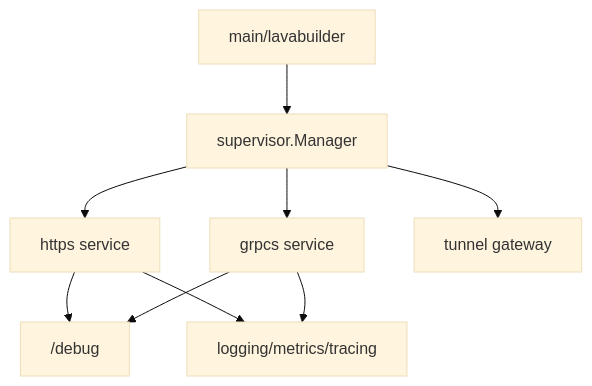
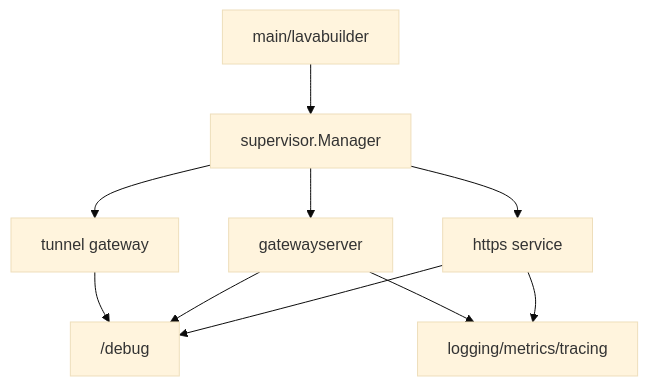
Before and after one commit to pubgo/lava: the diagram in docs/modules/core.md, drawn with Mermaid (base theme). The commit also changed other lines of this file and 10 other files, not shown here.

First line of the commit message:
Update architecture and documentation to reflect gatewayserver changes

````diff
--- a/docs/modules/core.md
+++ b/docs/modules/core.md
@@ -24,11 +25,12 @@
 ```mermaid
 flowchart TD
     Entry[main/lavabuilder] --> Sup[supervisor.Manager]
     Sup --> SvcA[https service]
-    Sup --> SvcB[grpcs service]
+    Sup --> SvcB[gatewayserver]
     Sup --> SvcC[tunnel gateway]
     SvcA --> Debug["/debug"]
     SvcB --> Debug
+    SvcC --> Debug
     SvcA --> Obs[logging/metrics/tracing]
     SvcB --> Obs
 ```
````
